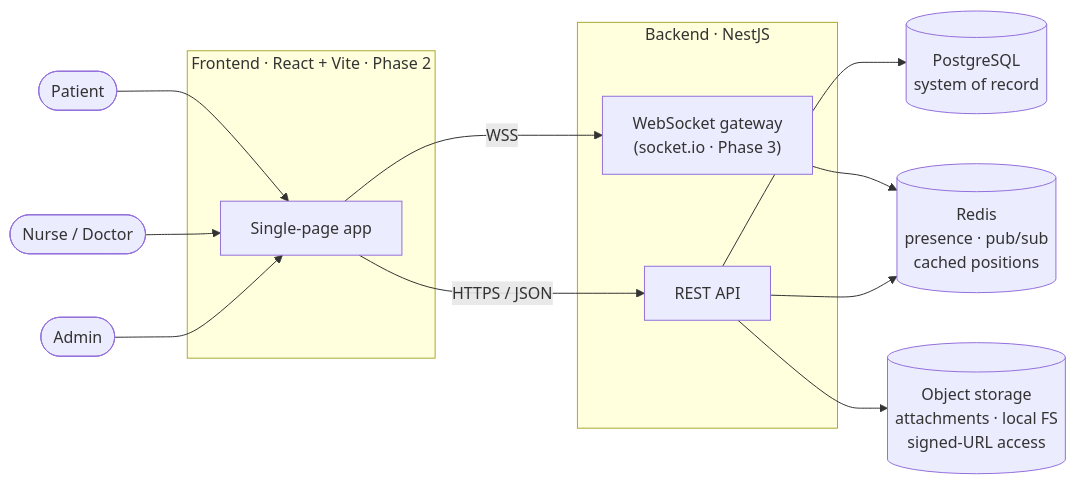
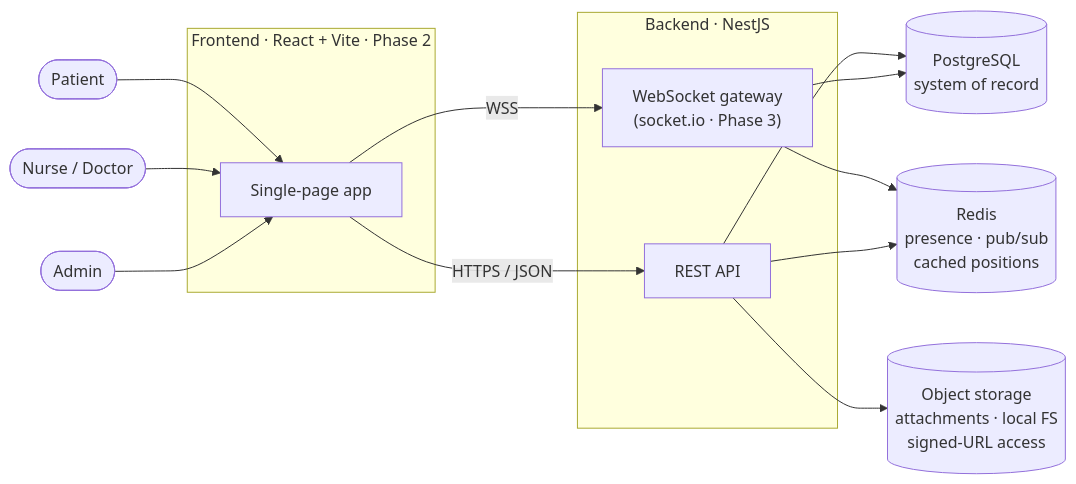
The first of 14 diagrams in docs/architecture.md (akritiupreti/virtual-consultation-platform), drawn with Mermaid before and after one commit. The commit also changed other lines of this file and 2 other files, not shown here.

````diff
--- a/docs/architecture.md
+++ b/docs/architecture.md
@@ -21,29 +21,30 @@
 ```mermaid
 flowchart LR
     patient([Patient])
     clinician([Nurse / Doctor])
     admin([Admin])
 
     subgraph client [Frontend · React + Vite · Phase 2]
         spa[Single-page app]
     end
 
     subgraph server [Backend · NestJS]
         api[REST API]
         ws["WebSocket gateway<br/>(socket.io · Phase 3)"]
     end
 
     db[(PostgreSQL<br/>system of record)]
     redis[("Redis<br/>presence · pub/sub<br/>cached positions")]
     obj[("Object storage<br/>attachments · local FS<br/>signed-URL access")]
 
     patient --> spa
     clinician --> spa
     admin --> spa
     spa -->|HTTPS / JSON| api
     spa -->|WSS| ws
     api --> db
+    ws --> db
     ws --> redis
     api --> redis
     api --> obj
 ```
````
